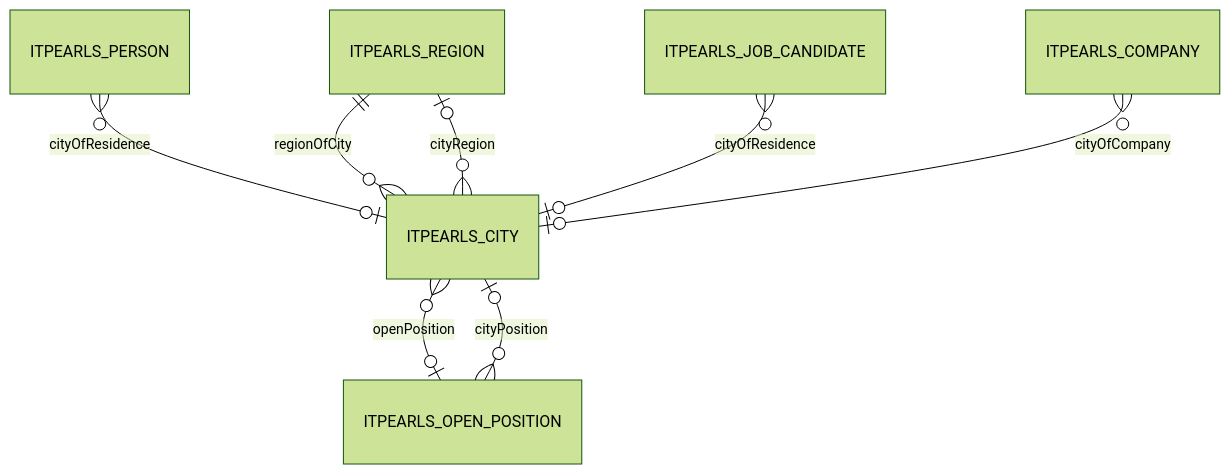
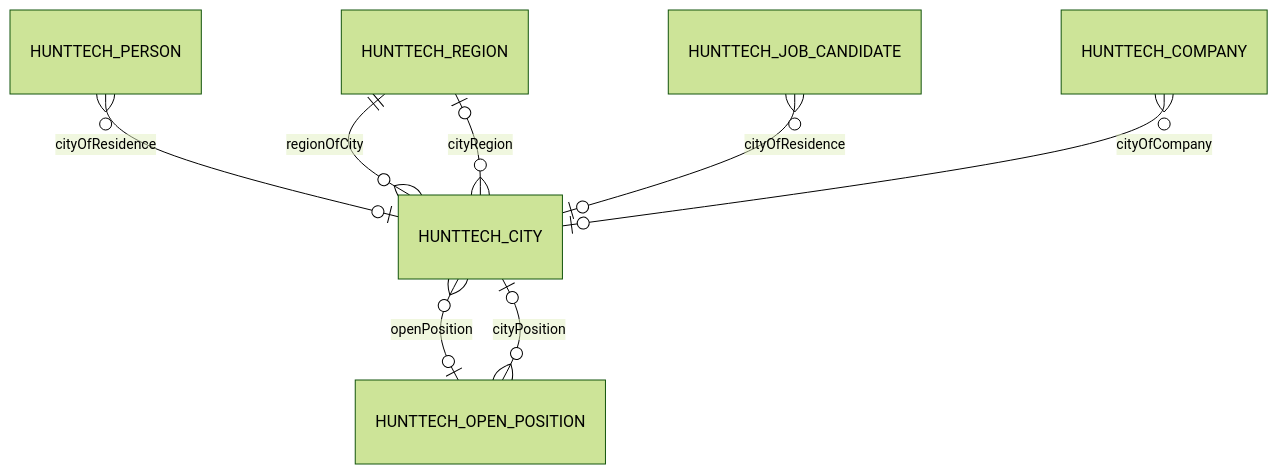
The diagram in docs/entities/City.md (aananyev/it-pearls-recruiting), drawn with Mermaid (forest theme) before and after one commit. The commit also changed other lines of this file and 2450 other files, not shown here.

````diff
--- a/docs/entities/City.md
+++ b/docs/entities/City.md
@@ -51,10 +51,10 @@
 ```mermaid
 erDiagram
-    ITPEARLS_REGION ||--o{ ITPEARLS_CITY : "regionOfCity"
-    ITPEARLS_CITY }o--o| ITPEARLS_REGION : "cityRegion"
-    ITPEARLS_PERSON }o--o| ITPEARLS_CITY : "cityOfResidence"
-    ITPEARLS_JOB_CANDIDATE }o--o| ITPEARLS_CITY : "cityOfResidence"
-    ITPEARLS_COMPANY }o--o| ITPEARLS_CITY : "cityOfCompany"
-    ITPEARLS_OPEN_POSITION }o--o| ITPEARLS_CITY : "cityPosition"
-    ITPEARLS_CITY }o--o| ITPEARLS_OPEN_POSITION : "openPosition"
+    HUNTTECH_REGION ||--o{ HUNTTECH_CITY : "regionOfCity"
+    HUNTTECH_CITY }o--o| HUNTTECH_REGION : "cityRegion"
+    HUNTTECH_PERSON }o--o| HUNTTECH_CITY : "cityOfResidence"
+    HUNTTECH_JOB_CANDIDATE }o--o| HUNTTECH_CITY : "cityOfResidence"
+    HUNTTECH_COMPANY }o--o| HUNTTECH_CITY : "cityOfCompany"
+    HUNTTECH_OPEN_POSITION }o--o| HUNTTECH_CITY : "cityPosition"
+    HUNTTECH_CITY }o--o| HUNTTECH_OPEN_POSITION : "openPosition"
 ```
````
